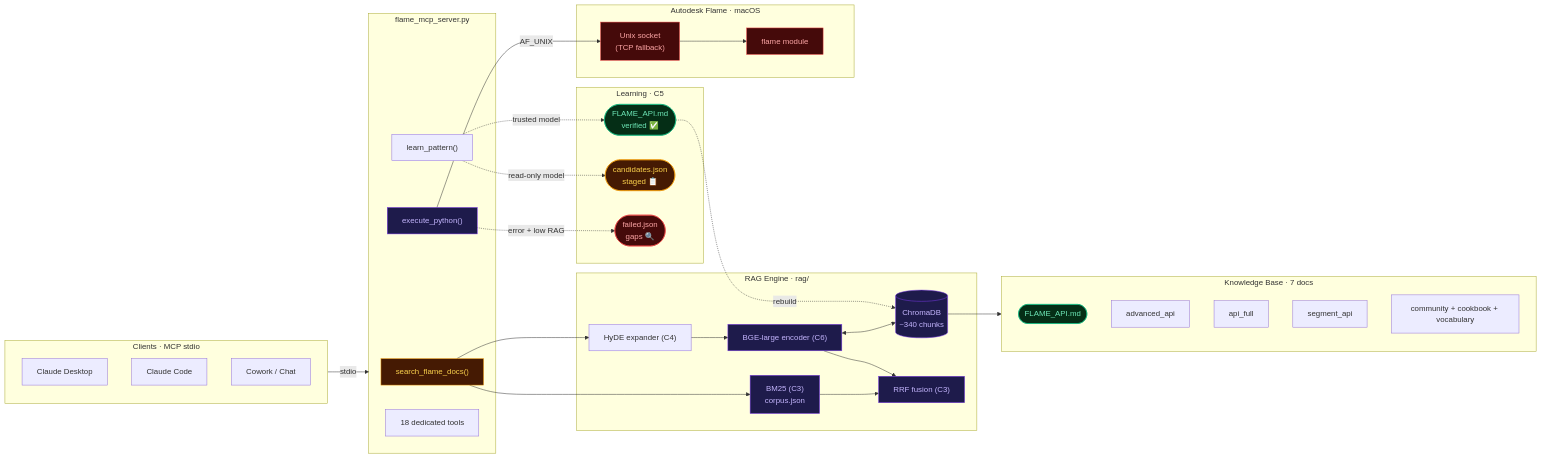
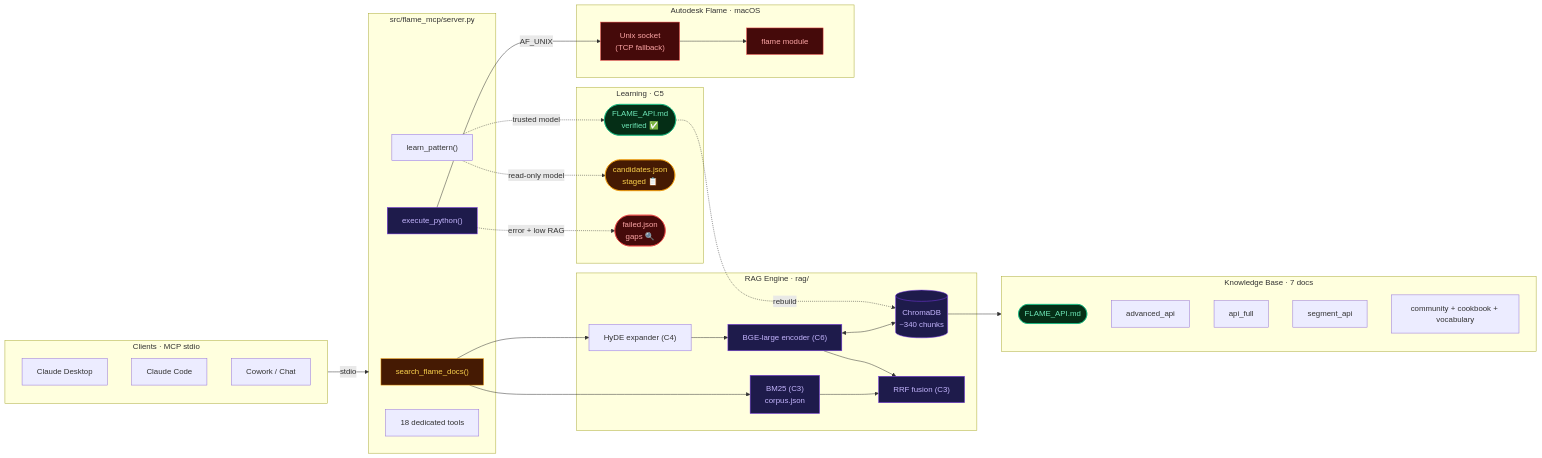
One commit to abrahamADSK/flame-mcp changed the first of 2 diagrams in docs/ARCHITECTURE.md. Above: the diagram before and after it, drawn with Mermaid. The commit also changed other lines of this file and 15 other files, not shown here.

Commit message:
docs: update all flame_mcp_server.py references to src/flame_mcp/ layout

````diff
--- a/docs/ARCHITECTURE.md
+++ b/docs/ARCHITECTURE.md
@@ -5,70 +5,70 @@
 ```mermaid
 flowchart LR
     subgraph CLI["Clients  ·  MCP stdio"]
         A1["Claude Desktop"]
         A2["Claude Code"]
         A3["Cowork / Chat"]
     end
 
-    subgraph SRV["flame_mcp_server.py"]
+    subgraph SRV["src/flame_mcp/server.py"]
         T1["search_flame_docs()"]
         T2["execute_python()"]
         T3["learn_pattern()"]
         T4["18 dedicated tools"]
     end
 
     subgraph RAG["RAG Engine  ·  rag/"]
         R1["HyDE expander (C4)"]
         R2["BGE-large encoder (C6)"]
         R3[("ChromaDB\n~340 chunks")]
         R4["BM25 (C3)\ncorpus.json"]
         R5["RRF fusion (C3)"]
     end
 
     subgraph KB["Knowledge Base  ·  7 docs"]
         K1(["FLAME_API.md"])
         K2["advanced_api"]
         K3["api_full"]
         K4["segment_api"]
         K5["community + cookbook + vocabulary"]
     end
 
     subgraph C5["Learning  ·  C5"]
         L1(["FLAME_API.md\nverified ✅"])
         L2(["candidates.json\nstaged 📋"])
         L3(["failed.json\ngaps 🔍"])
     end
 
     subgraph FLM["Autodesk Flame  ·  macOS"]
         B1["Unix socket\n(TCP fallback)"]
         B2["flame module"]
     end
 
     CLI  -->|"stdio"| SRV
     T1   --> R1
     R1   --> R2
     R2  <--> R3
     R3   --> KB
     T1   --> R4
     R4   --> R5
     R2   --> R5
     T2   -->|"AF_UNIX"| B1
     B1   --> B2
     T3  -.->|"trusted model"| L1
     T3  -.->|"read-only model"| L2
     T2  -.->|"error + low RAG"| L3
     L1  -.->|"rebuild"| R3
 
     style K1 fill:#052e16,color:#6ee7b7,stroke:#10b981
     style L1 fill:#052e16,color:#6ee7b7,stroke:#10b981
     style L2 fill:#451a03,color:#fcd34d,stroke:#f59e0b
     style L3 fill:#450a0a,color:#fca5a5,stroke:#ef4444
     style R3 fill:#1e1b4b,color:#c4b5fd,stroke:#7c3aed
     style R2 fill:#1e1b4b,color:#c4b5fd,stroke:#7c3aed
     style R4 fill:#1e1b4b,color:#c4b5fd,stroke:#7c3aed
     style R5 fill:#1e1b4b,color:#c4b5fd,stroke:#7c3aed
     style T2 fill:#1e1b4b,color:#c4b5fd,stroke:#7c3aed
     style T1 fill:#451a03,color:#fcd34d,stroke:#f59e0b
     style B1 fill:#450a0a,color:#fca5a5,stroke:#ef4444
     style B2 fill:#450a0a,color:#fca5a5,stroke:#ef4444
 ```
````
